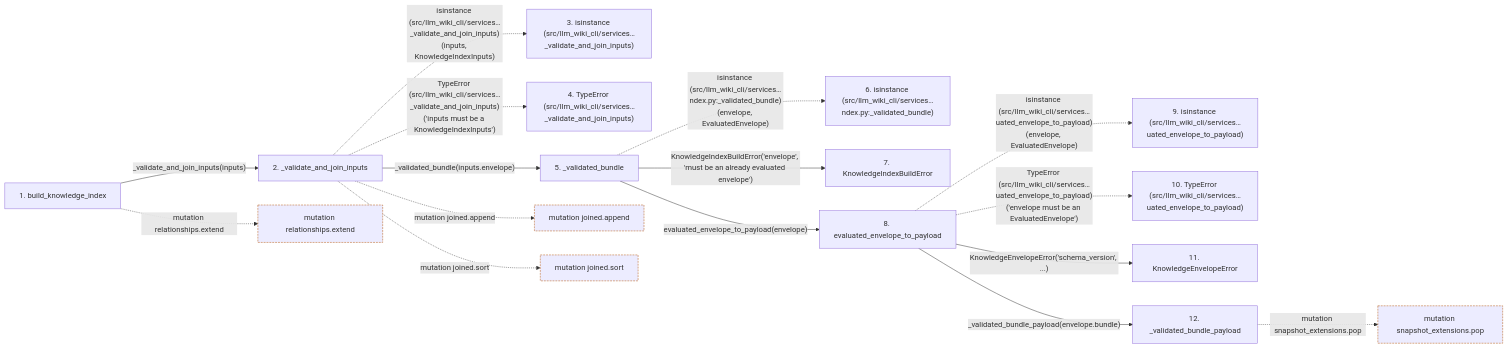
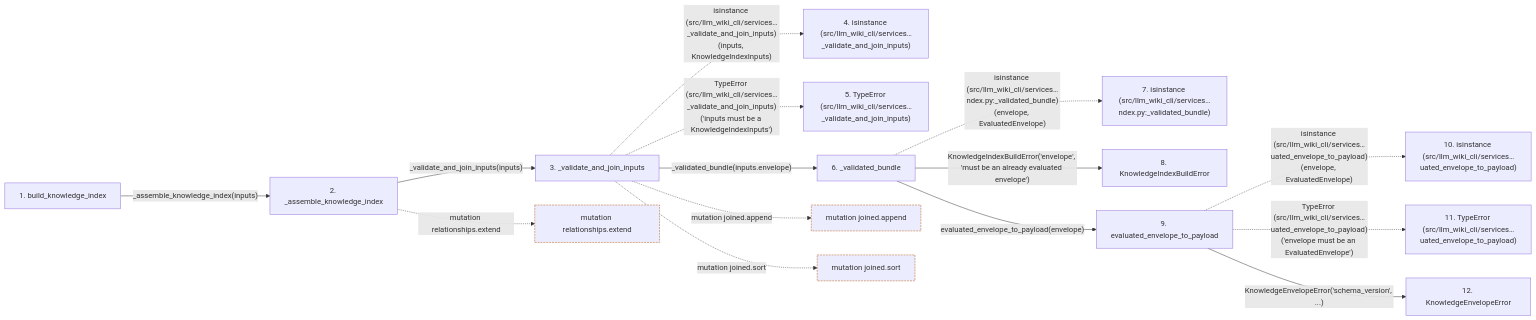
The second of 2 diagrams in docs/llm_wiki/flows/api-build_knowledge_index.md (Denissvgn/python-wiki-llm), drawn with Mermaid before and after one commit. The commit also changed other lines of this file and 627 other files, not shown here.

````diff
--- a/docs/llm_wiki/flows/api-build_knowledge_index.md
+++ b/docs/llm_wiki/flows/api-build_knowledge_index.md
@@ -142,46 +157,43 @@
 ```mermaid
 flowchart LR
     s1["1. build_knowledge_index"]
-    s2["2. _validate_and_join_inputs"]
-    s3["3. isinstance (src/llm_wiki_cli/services…_validate_and_join_inputs)"]
-    s4["4. TypeError (src/llm_wiki_cli/services…_validate_and_join_inputs)"]
-    s5["5. _validated_bundle"]
-    s6["6. isinstance (src/llm_wiki_cli/services…ndex.py:_validated_bundle)"]
-    s7["7. KnowledgeIndexBuildError"]
-    s8["8. evaluated_envelope_to_payload"]
-    s9["9. isinstance (src/llm_wiki_cli/services…uated_envelope_to_payload)"]
-    s10["10. TypeError (src/llm_wiki_cli/services…uated_envelope_to_payload)"]
-    s11["11. KnowledgeEnvelopeError"]
-    s12["12. _validated_bundle_payload"]
-    s1 -->|"_validate_and_join_inputs(inputs)"| s2
-    s2 -. "isinstance (src/llm_wiki_cli/services…_validate_and_join_inputs)(inputs, KnowledgeIndexInputs)" .-> s3
-    s2 -. "TypeError (src/llm_wiki_cli/services…_validate_and_join_inputs)('inputs must be a KnowledgeIndexInputs')" .-> s4
-    s2 -->|"_validated_bundle(inputs.envelope)"| s5
-    s5 -. "isinstance (src/llm_wiki_cli/services…ndex.py:_validated_bundle)(envelope, EvaluatedEnvelope)" .-> s6
-    s5 -->|"KnowledgeIndexBuildError('envelope', 'must be an already evaluated envelope')"| s7
-    s5 -->|"evaluated_envelope_to_payload(envelope)"| s8
-    s8 -. "isinstance (src/llm_wiki_cli/services…uated_envelope_to_payload)(envelope, EvaluatedEnvelope)" .-> s9
-    s8 -. "TypeError (src/llm_wiki_cli/services…uated_envelope_to_payload)('envelope must be an EvaluatedEnvelope')" .-> s10
-    s8 -->|"KnowledgeEnvelopeError('schema_version', ...)"| s11
-    s8 -->|"_validated_bundle_payload(envelope.bundle)"| s12
+    s2["2. _assemble_knowledge_index"]
+    s3["3. _validate_and_join_inputs"]
+    s4["4. isinstance (src/llm_wiki_cli/services…_validate_and_join_inputs)"]
+    s5["5. TypeError (src/llm_wiki_cli/services…_validate_and_join_inputs)"]
+    s6["6. _validated_bundle"]
+    s7["7. isinstance (src/llm_wiki_cli/services…ndex.py:_validated_bundle)"]
+    s8["8. KnowledgeIndexBuildError"]
+    s9["9. evaluated_envelope_to_payload"]
+    s10["10. isinstance (src/llm_wiki_cli/services…uated_envelope_to_payload)"]
+    s11["11. TypeError (src/llm_wiki_cli/services…uated_envelope_to_payload)"]
+    s12["12. KnowledgeEnvelopeError"]
+    s1 -->|"_assemble_knowledge_index(inputs)"| s2
+    s2 -->|"_validate_and_join_inputs(inputs)"| s3
+    s3 -. "isinstance (src/llm_wiki_cli/services…_validate_and_join_inputs)(inputs, KnowledgeIndexInputs)" .-> s4
+    s3 -. "TypeError (src/llm_wiki_cli/services…_validate_and_join_inputs)('inputs must be a KnowledgeIndexInputs')" .-> s5
+    s3 -->|"_validated_bundle(inputs.envelope)"| s6
+    s6 -. "isinstance (src/llm_wiki_cli/services…ndex.py:_validated_bundle)(envelope, EvaluatedEnvelope)" .-> s7
+    s6 -->|"KnowledgeIndexBuildError('envelope', 'must be an already evaluated envelope')"| s8
+    s6 -->|"evaluated_envelope_to_payload(envelope)"| s9
+    s9 -. "isinstance (src/llm_wiki_cli/services…uated_envelope_to_payload)(envelope, EvaluatedEnvelope)" .-> s10
+    s9 -. "TypeError (src/llm_wiki_cli/services…uated_envelope_to_payload)('envelope must be an EvaluatedEnvelope')" .-> s11
+    s9 -->|"KnowledgeEnvelopeError('schema_version', ...)"| s12
     b0["mutation relationships.extend"]
-    s1 -. "mutation relationships.extend" .-> b0
+    s2 -. "mutation relationships.extend" .-> b0
     b1["mutation joined.append"]
-    s2 -. "mutation joined.append" .-> b1
+    s3 -. "mutation joined.append" .-> b1
     b2["mutation joined.sort"]
-    s2 -. "mutation joined.sort" .-> b2
-    b3["mutation snapshot_extensions.pop"]
-    s12 -. "mutation snapshot_extensions.pop" .-> b3
+    s3 -. "mutation joined.sort" .-> b2
     click s1 "../modules/knowledge_index.md"
     click s2 "../modules/knowledge_index.md"
-    click s5 "../modules/knowledge_index.md"
-    click s7 "../modules/knowledge_index.md"
-    click s8 "../modules/knowledge_envelope.md"
-    click s11 "../modules/knowledge_envelope.md"
+    click s3 "../modules/knowledge_index.md"
+    click s6 "../modules/knowledge_index.md"
+    click s8 "../modules/knowledge_index.md"
+    click s9 "../modules/knowledge_envelope.md"
     click s12 "../modules/knowledge_envelope.md"
     classDef boundary stroke:#b45309,stroke-dasharray: 4 2
     class b0 boundary
     class b1 boundary
     class b2 boundary
-    class b3 boundary
 ```
````
